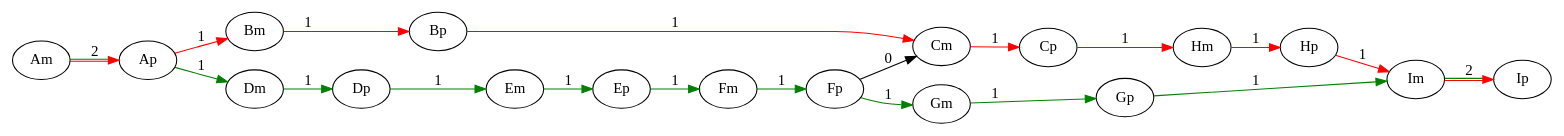
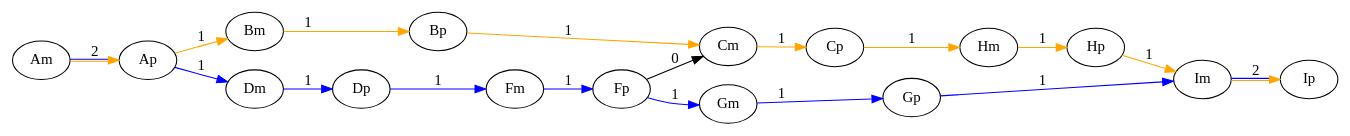
Before and after one commit to gianlu01/MinimumPathCover: the diagram in notebook/Grafi/Grafo 1 cover.dot, drawn with Graphviz. The commit also changed 21 other files, not shown here.

```diff
--- a/notebook/Grafi/Grafo 1 cover.dot
+++ b/notebook/Grafi/Grafo 1 cover.dot
@@ -1,22 +1,20 @@
 digraph{
 	rankdir=LR
-	Am -> Ap [label=2  color="red:green"]
-	Ap -> Bm [label=1  color="red"]
-	Ap -> Dm [label=1  color="green"]
-	Bm -> Bp [label=1  color="red"]
-	Bp -> Cm [label=1  color="red"]
-	Dm -> Dp [label=1  color="green"]
-	Dp -> Em [label=1  color="green"]
-	Cm -> Cp [label=1  color="red"]
-	Cp -> Hm [label=1  color="red"]
-	Hm -> Hp [label=1  color="red"]
-	Hp -> Im [label=1  color="red"]
-	Em -> Ep [label=1  color="green"]
-	Ep -> Fm [label=1  color="green"]
-	Fm -> Fp [label=1  color="green"]
-	Fp -> Gm [label=1  color="green"]
+	Am -> Ap [label=2  color="orange:blue"]
+	Ap -> Bm [label=1  color="orange"]
+	Ap -> Dm [label=1  color="blue"]
+	Bm -> Bp [label=1  color="orange"]
+	Bp -> Cm [label=1  color="orange"]
+	Dm -> Dp [label=1  color="blue"]
+	Dp -> Fm [label=1  color="blue"]
+	Cm -> Cp [label=1  color="orange"]
+	Cp -> Hm [label=1  color="orange"]
+	Hm -> Hp [label=1  color="orange"]
+	Hp -> Im [label=1  color="orange"]
+	Fm -> Fp [label=1  color="blue"]
+	Fp -> Gm [label=1  color="blue"]
 	Fp -> Cm [label=0]
-	Gm -> Gp [label=1  color="green"]
-	Gp -> Im [label=1  color="green"]
-	Im -> Ip [label=2  color="red:green"]
+	Gm -> Gp [label=1  color="blue"]
+	Gp -> Im [label=1  color="blue"]
+	Im -> Ip [label=2  color="orange:blue"]
 }
```
